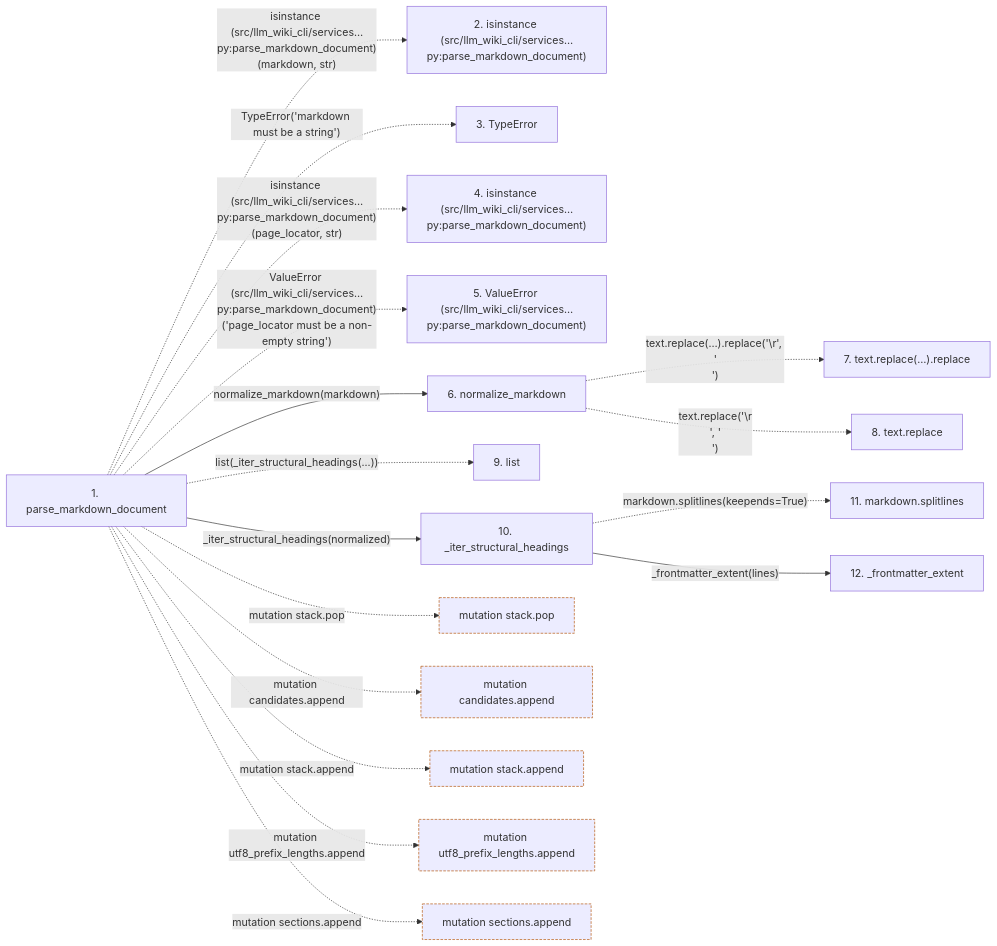
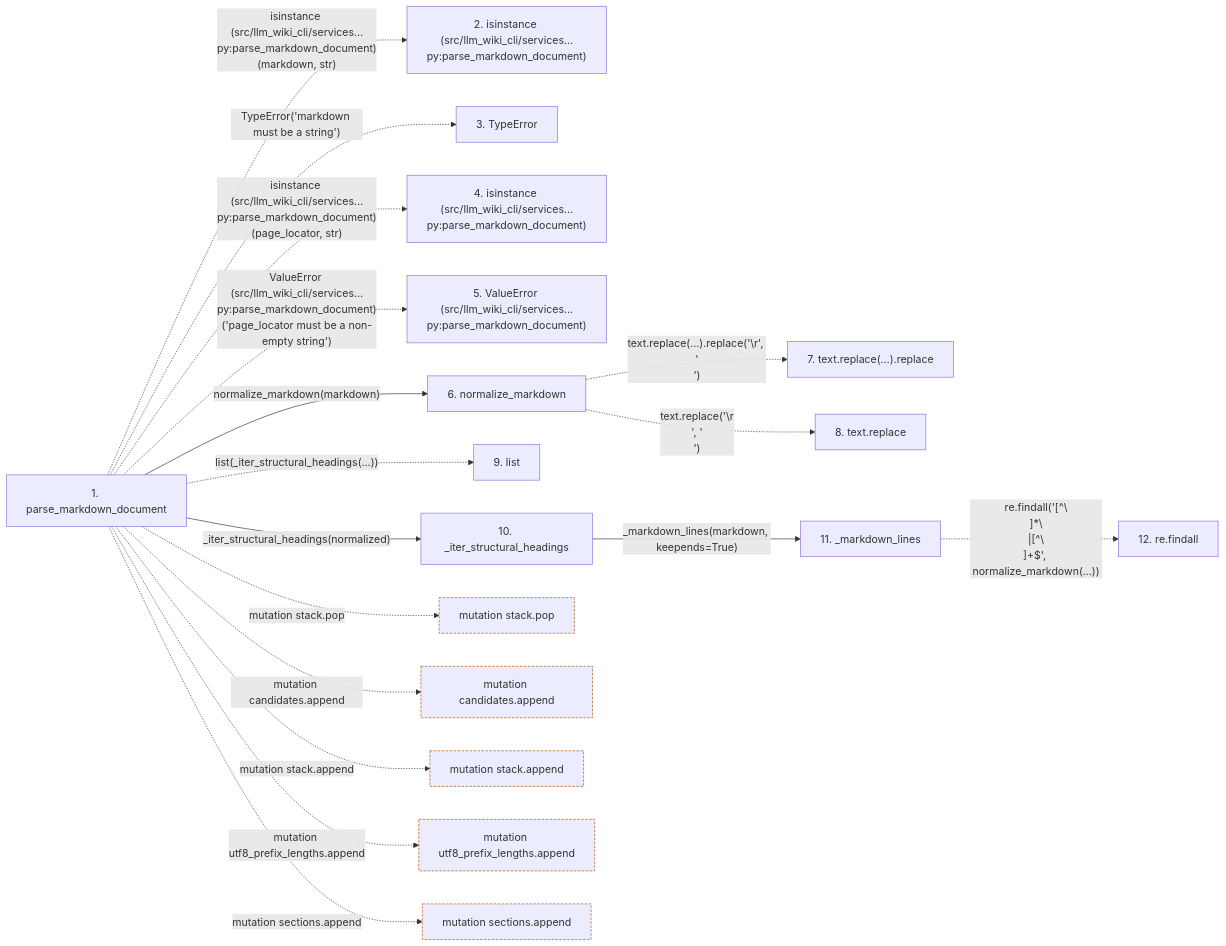
The second of 2 diagrams in docs/llm_wiki/flows/api-parse_markdown_document.md (Denissvgn/python-wiki-llm), drawn with Mermaid before and after one commit. The commit also changed other lines of this file and 292 other files, not shown here.

````diff
--- a/docs/llm_wiki/flows/api-parse_markdown_document.md
+++ b/docs/llm_wiki/flows/api-parse_markdown_document.md
@@ -96,46 +96,46 @@
 ```mermaid
 flowchart LR
     s1["1. parse_markdown_document"]
     s2["2. isinstance (src/llm_wiki_cli/services…py:parse_markdown_document)"]
     s3["3. TypeError"]
     s4["4. isinstance (src/llm_wiki_cli/services…py:parse_markdown_document)"]
     s5["5. ValueError (src/llm_wiki_cli/services…py:parse_markdown_document)"]
     s6["6. normalize_markdown"]
     s7["7. text.replace(…).replace"]
     s8["8. text.replace"]
     s9["9. list"]
     s10["10. _iter_structural_headings"]
-    s11["11. markdown.splitlines"]
-    s12["12. _frontmatter_extent"]
+    s11["11. _markdown_lines"]
+    s12["12. re.findall"]
     s1 -. "isinstance (src/llm_wiki_cli/services…py:parse_markdown_document)(markdown, str)" .-> s2
     s1 -. "TypeError('markdown must be a string')" .-> s3
     s1 -. "isinstance (src/llm_wiki_cli/services…py:parse_markdown_document)(page_locator, str)" .-> s4
     s1 -. "ValueError (src/llm_wiki_cli/services…py:parse_markdown_document)('page_locator must be a non-empty string')" .-> s5
     s1 -->|"normalize_markdown(markdown)"| s6
     s6 -. "text.replace(…).replace('\r', '\n')" .-> s7
     s6 -. "text.replace('\r\n', '\n')" .-> s8
     s1 -. "list(_iter_structural_headings(...))" .-> s9
     s1 -->|"_iter_structural_headings(normalized)"| s10
-    s10 -. "markdown.splitlines(keepends=True)" .-> s11
-    s10 -->|"_frontmatter_extent(lines)"| s12
+    s10 -->|"_markdown_lines(markdown, keepends=True)"| s11
+    s11 -. "re.findall('[^\\n]*\\n|[^\\n]+$', normalize_markdown(...))" .-> s12
     b0["mutation stack.pop"]
     s1 -. "mutation stack.pop" .-> b0
     b1["mutation candidates.append"]
     s1 -. "mutation candidates.append" .-> b1
     b2["mutation stack.append"]
     s1 -. "mutation stack.append" .-> b2
     b3["mutation utf8_prefix_lengths.append"]
     s1 -. "mutation utf8_prefix_lengths.append" .-> b3
     b4["mutation sections.append"]
     s1 -. "mutation sections.append" .-> b4
     click s1 "../modules/markdown_sections.md"
     click s6 "../modules/markdown_sections.md"
     click s10 "../modules/markdown_sections.md"
-    click s12 "../modules/markdown_sections.md"
+    click s11 "../modules/markdown_sections.md"
     classDef boundary stroke:#b45309,stroke-dasharray: 4 2
     class b0 boundary
     class b1 boundary
     class b2 boundary
     class b3 boundary
     class b4 boundary
 ```
````
